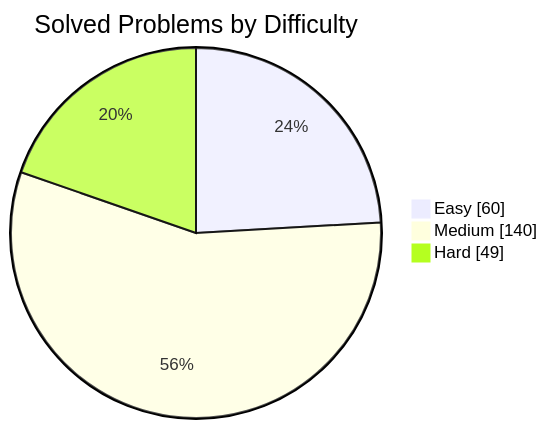
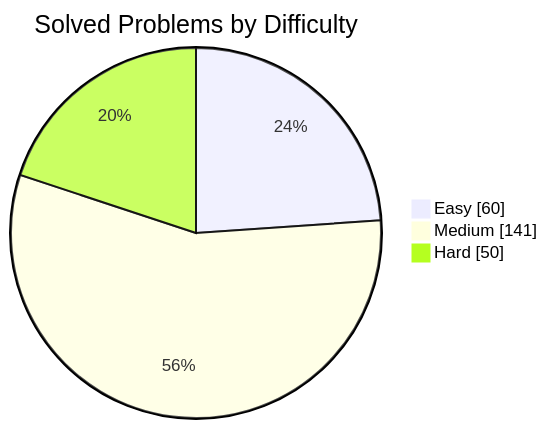
One commit to manikantbindass/DSA-Preparation-FAANG changed the first of 2 diagrams in README.md. Above: the diagram before and after it, drawn with Mermaid. The commit also changed other lines of this file and 1 other file, not shown here.

````diff
--- a/README.md
+++ b/README.md
@@ -42,7 +42,7 @@
 ```mermaid
 pie showData
     title Solved Problems by Difficulty
     "Easy" : 60
-    "Medium" : 140
-    "Hard" : 49
+    "Medium" : 141
+    "Hard" : 50
 ```
````
